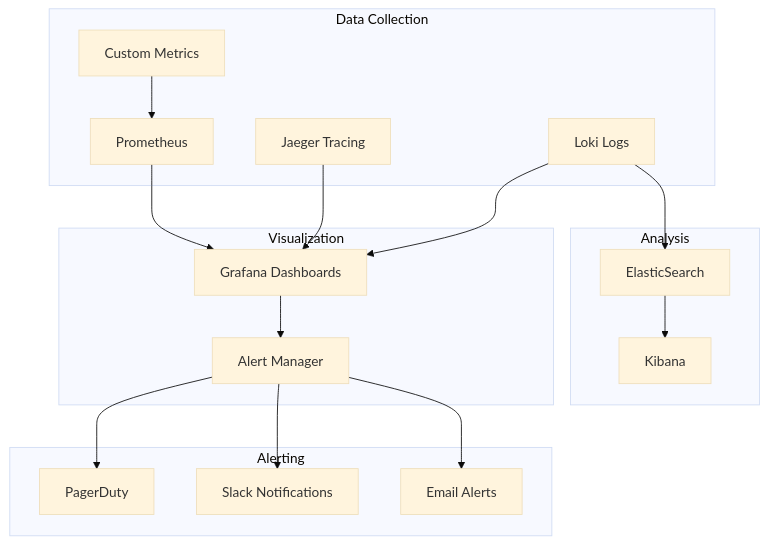
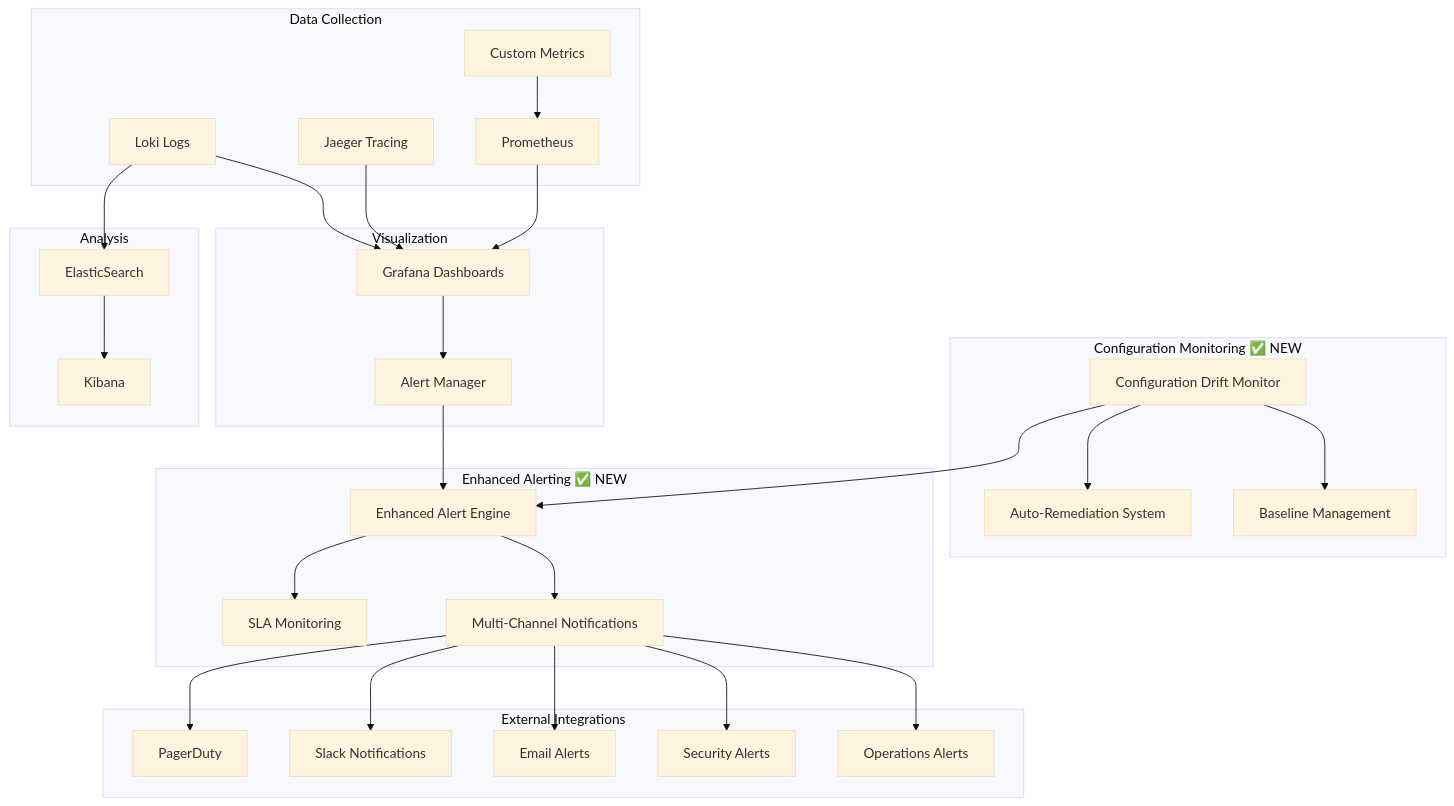
Before and after one commit to AgenticTony/voicehive_hotels: the fourth of 7 diagrams in voicehive-hotels/docs/architecture/system-architecture.md, drawn with Mermaid (base theme). The commit also changed other lines of this file and 28 other files, not shown here.

````diff
--- a/voicehive-hotels/docs/architecture/system-architecture.md
+++ b/voicehive-hotels/docs/architecture/system-architecture.md
@@ -661,38 +661,62 @@
 ```mermaid
 graph TB
     subgraph "Data Collection"
         Prometheus[Prometheus]
         Jaeger[Jaeger Tracing]
         Loki[Loki Logs]
         Metrics[Custom Metrics]
+    end
+
+    subgraph "Configuration Monitoring ✅ NEW"
+        DriftMonitor[Configuration Drift Monitor]
+        AutoRemediation[Auto-Remediation System]
+        BaselineManager[Baseline Management]
+    end
+
+    subgraph "Enhanced Alerting ✅ NEW"
+        AlertEngine[Enhanced Alert Engine]
+        SLAMonitor[SLA Monitoring]
+        MultiChannel[Multi-Channel Notifications]
     end
 
     subgraph "Visualization"
         Grafana[Grafana Dashboards]
         Alerts[Alert Manager]
     end
 
     subgraph "Analysis"
         ElasticSearch[ElasticSearch]
         Kibana[Kibana]
     end
 
-    subgraph "Alerting"
+    subgraph "External Integrations"
         PagerDuty[PagerDuty]
         Slack[Slack Notifications]
         Email[Email Alerts]
+        SecurityTeam[Security Alerts]
+        Operations[Operations Alerts]
     end
 
     Prometheus --> Grafana
     Jaeger --> Grafana
     Loki --> Grafana
     Metrics --> Prometheus
 
+    DriftMonitor --> AutoRemediation
+    DriftMonitor --> BaselineManager
+    DriftMonitor --> AlertEngine
+
+    AlertEngine --> SLAMonitor
+    AlertEngine --> MultiChannel
+
     Grafana --> Alerts
-    Alerts --> PagerDuty
-    Alerts --> Slack
-    Alerts --> Email
+    Alerts --> AlertEngine
+    MultiChannel --> PagerDuty
+    MultiChannel --> Slack
+    MultiChannel --> Email
+    MultiChannel --> SecurityTeam
+    MultiChannel --> Operations
 
     Loki --> ElasticSearch
     ElasticSearch --> Kibana
 ```
````
